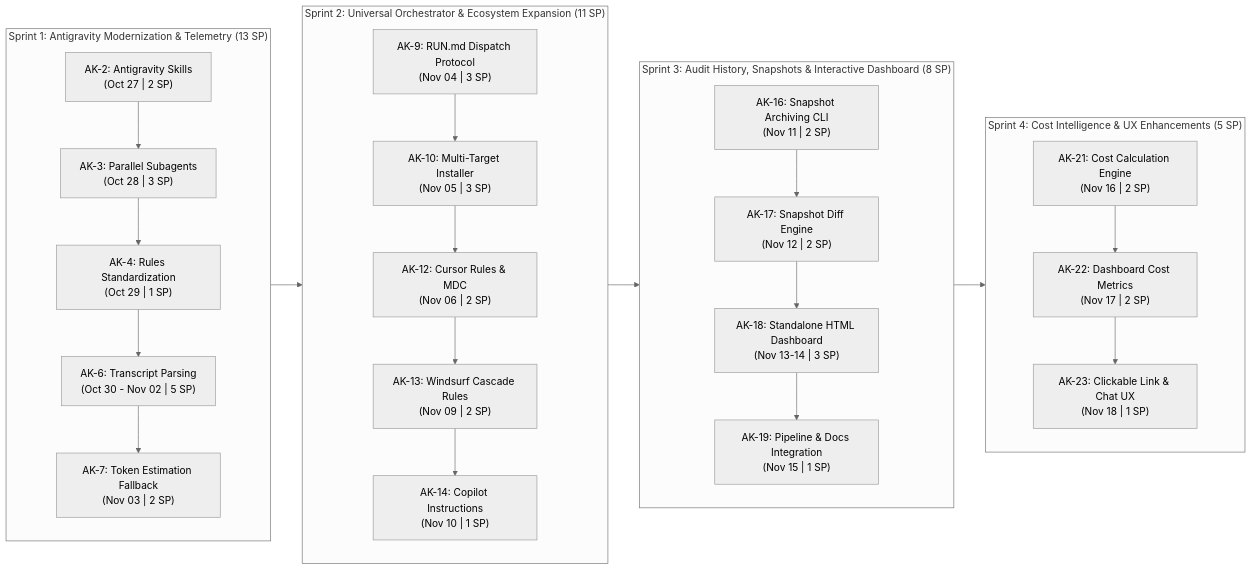
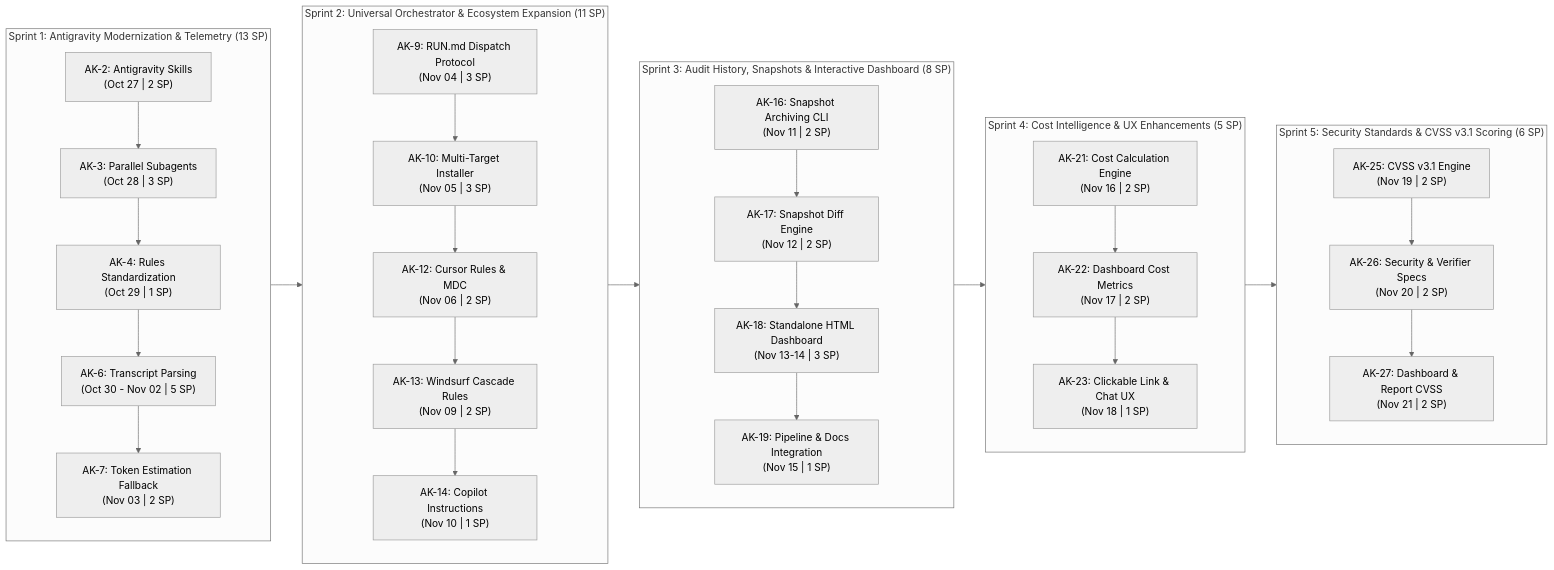
One commit to victorfigueira/audit-kit changed the diagram in BACKLOG.md. Above: the diagram before and after it, drawn with Mermaid (neutral theme). The commit also changed other lines of this file and 12 other files, not shown here.

Commit message:
v2.11.0: add official CVSS v3.1 scoring engine, security auditor rules, and dashboard badges

````diff
--- a/BACKLOG.md
+++ b/BACKLOG.md
@@ -12,33 +12,39 @@
 ```mermaid
 flowchart LR
     subgraph S1["Sprint 1: Antigravity Modernization & Telemetry (13 SP)"]
         direction TB
         AK2["AK-2: Antigravity Skills<br/>(Oct 27 | 2 SP)"] --> AK3["AK-3: Parallel Subagents<br/>(Oct 28 | 3 SP)"]
         AK3 --> AK4["AK-4: Rules Standardization<br/>(Oct 29 | 1 SP)"]
         AK4 --> AK6["AK-6: Transcript Parsing<br/>(Oct 30 - Nov 02 | 5 SP)"]
         AK6 --> AK7["AK-7: Token Estimation Fallback<br/>(Nov 03 | 2 SP)"]
     end
 
     subgraph S2["Sprint 2: Universal Orchestrator & Ecosystem Expansion (11 SP)"]
         direction TB
         AK9["AK-9: RUN.md Dispatch Protocol<br/>(Nov 04 | 3 SP)"] --> AK10["AK-10: Multi-Target Installer<br/>(Nov 05 | 3 SP)"]
         AK10 --> AK12["AK-12: Cursor Rules & MDC<br/>(Nov 06 | 2 SP)"]
         AK12 --> AK13["AK-13: Windsurf Cascade Rules<br/>(Nov 09 | 2 SP)"]
         AK13 --> AK14["AK-14: Copilot Instructions<br/>(Nov 10 | 1 SP)"]
     end
 
     subgraph S3["Sprint 3: Audit History, Snapshots & Interactive Dashboard (8 SP)"]
         direction TB
         AK16["AK-16: Snapshot Archiving CLI<br/>(Nov 11 | 2 SP)"] --> AK17["AK-17: Snapshot Diff Engine<br/>(Nov 12 | 2 SP)"]
         AK17 --> AK18["AK-18: Standalone HTML Dashboard<br/>(Nov 13-14 | 3 SP)"]
         AK18 --> AK19["AK-19: Pipeline & Docs Integration<br/>(Nov 15 | 1 SP)"]
     end
 
     subgraph S4["Sprint 4: Cost Intelligence & UX Enhancements (5 SP)"]
         direction TB
         AK21["AK-21: Cost Calculation Engine<br/>(Nov 16 | 2 SP)"] --> AK22["AK-22: Dashboard Cost Metrics<br/>(Nov 17 | 2 SP)"]
         AK22 --> AK23["AK-23: Clickable Link & Chat UX<br/>(Nov 18 | 1 SP)"]
     end
 
-    S1 --> S2 --> S3 --> S4
+    subgraph S5["Sprint 5: Security Standards & CVSS v3.1 Scoring (6 SP)"]
+        direction TB
+        AK25["AK-25: CVSS v3.1 Engine<br/>(Nov 19 | 2 SP)"] --> AK26["AK-26: Security & Verifier Specs<br/>(Nov 20 | 2 SP)"]
+        AK26 --> AK27["AK-27: Dashboard & Report CVSS<br/>(Nov 21 | 2 SP)"]
+    end
+
+    S1 --> S2 --> S3 --> S4 --> S5
 ```
````
